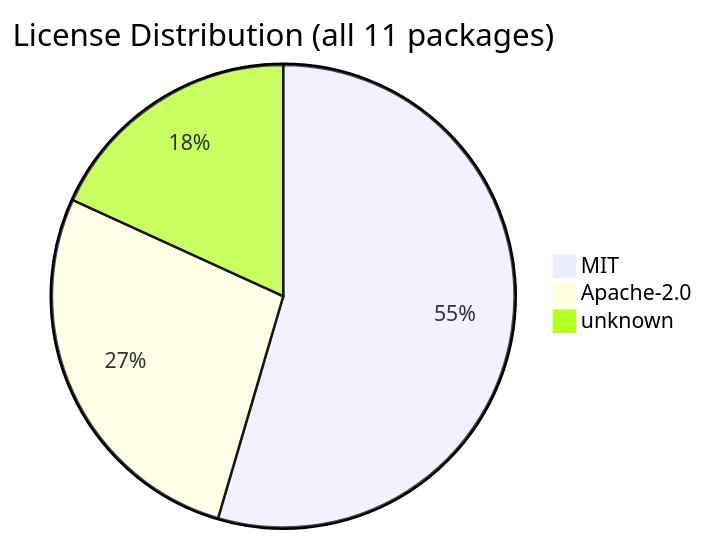
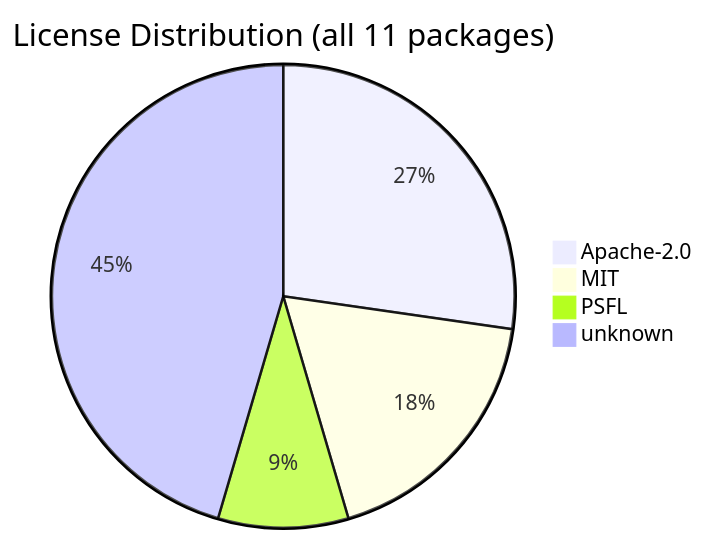
Before and after one commit to svenroth-ai/shipwright: the diagram in .shipwright/compliance/sbom.md, drawn with Mermaid. The commit also changed other lines of this file and 29 other files, not shown here.

````diff
--- a/.shipwright/compliance/sbom.md
+++ b/.shipwright/compliance/sbom.md
@@ -20,6 +20,7 @@
 ```mermaid
 pie title License Distribution (all 11 packages)
-    "MIT" : 6
     "Apache-2.0" : 3
-    "unknown" : 2
+    "MIT" : 2
+    "PSFL" : 1
+    "unknown" : 5
 ```
````
